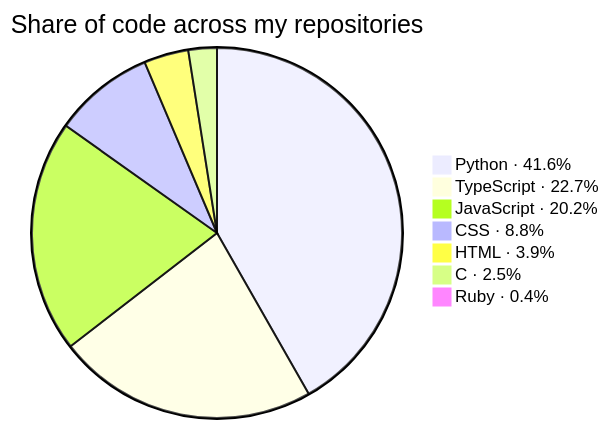
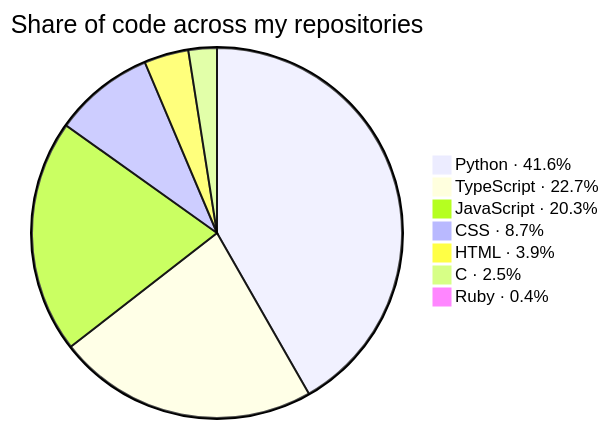
The second of 3 diagrams in README.md (KathFK1234/KathFK1234), drawn with Mermaid before and after one commit. The commit also changed other lines of this file and 4 other files, not shown here.

````diff
--- a/README.md
+++ b/README.md
@@ -109,11 +109,11 @@
 ```mermaid
 %%{init: {"themeVariables": {"pieSectionTextSize": "0px"}}}%%
 pie title Share of code across my repositories
-    "Python · 41.6%" : 1052.4
-    "TypeScript · 22.7%" : 573.9
-    "JavaScript · 20.2%" : 511.8
-    "CSS · 8.8%" : 221.6
+    "Python · 41.6%" : 1054.0
+    "TypeScript · 22.7%" : 574.4
+    "JavaScript · 20.3%" : 514.6
+    "CSS · 8.7%" : 221.6
     "HTML · 3.9%" : 98.1
     "C · 2.5%" : 62.7
     "Ruby · 0.4%" : 10.1
 ```
````
